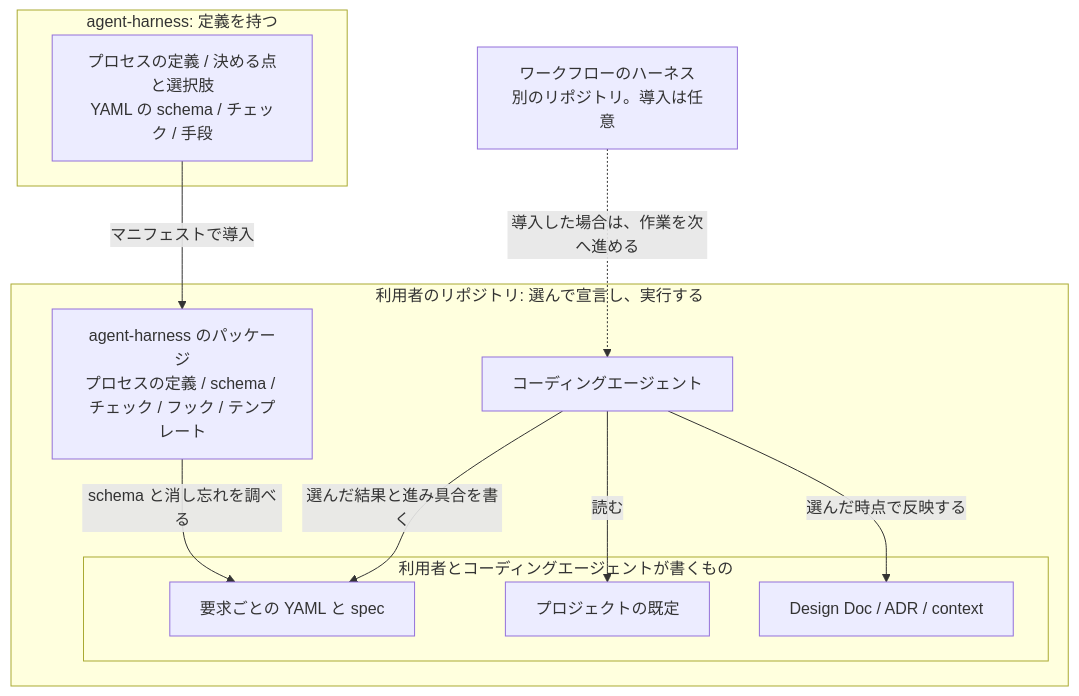
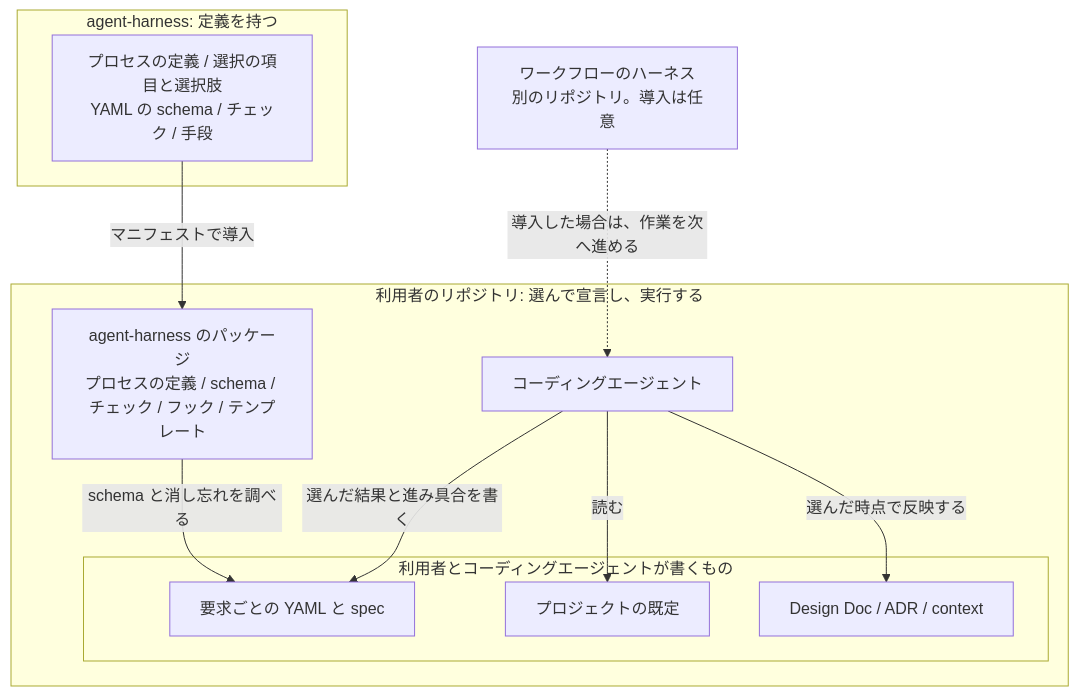
One commit to Fukuemon/agent-harness changed the first of 2 diagrams in design/features/process/DesignDoc_process.md. Above: the diagram before and after it, drawn with Mermaid. The commit also changed other lines of this file and 4 other files, not shown here.

````diff
--- a/design/features/process/DesignDoc_process.md
+++ b/design/features/process/DesignDoc_process.md
@@ -130,25 +130,25 @@
 ```mermaid
 flowchart TB
     subgraph AH["agent-harness: 定義を持つ"]
-        ah["プロセスの定義 / 決める点と選択肢<br>YAML の schema / チェック / 手段"]
+        ah["プロセスの定義 / 選択の項目と選択肢<br>YAML の schema / チェック / 手段"]
     end
 
     wf["ワークフローのハーネス<br>別のリポジトリ。導入は任意"]
 
     subgraph C["利用者のリポジトリ: 選んで宣言し、実行する"]
         ahp["agent-harness のパッケージ<br>プロセスの定義 / schema / チェック / フック / テンプレート"]
         actor["コーディングエージェント"]
         subgraph OWN["利用者とコーディングエージェントが書くもの"]
             req["要求ごとの YAML と spec"]
             defaults["プロジェクトの既定"]
             ssot["Design Doc / ADR / context"]
         end
     end
 
     ah -- "マニフェストで導入" --> ahp
     wf -. "導入した場合は、作業を次へ進める" .-> actor
     ahp -- "schema と消し忘れを調べる" --> req
     actor -- "選んだ結果と進み具合を書く" --> req
     actor -- "読む" --> defaults
     actor -- "選んだ時点で反映する" --> ssot
 ```
````
